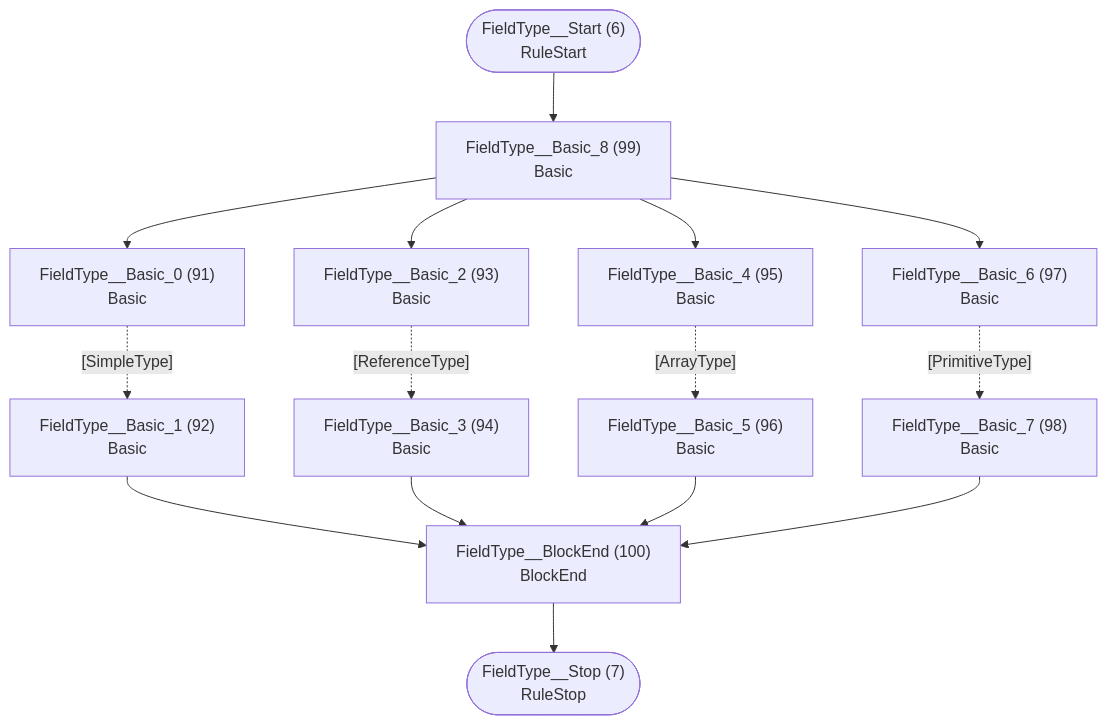
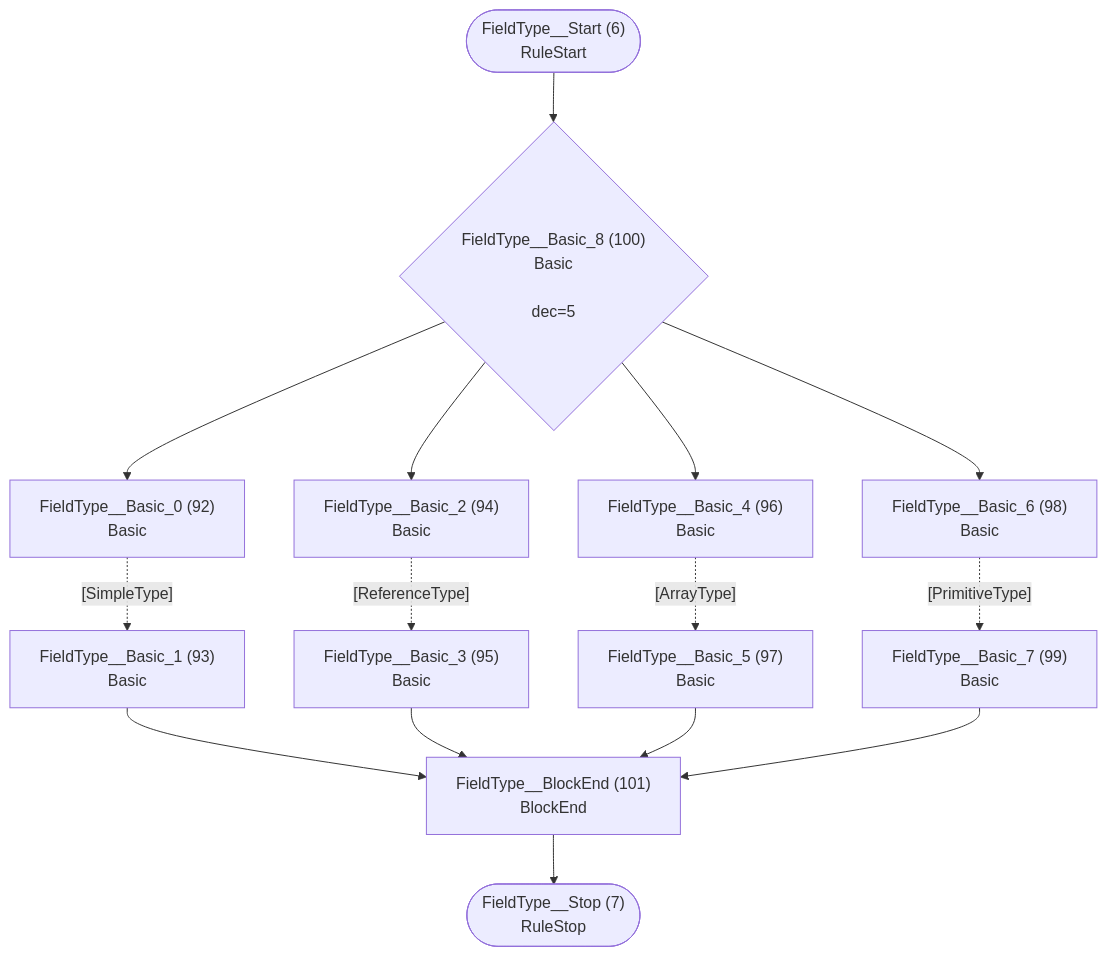
The fourth of 26 diagrams in internal/grammar/atn.md (TypeFox/fastbelt), drawn with Mermaid before and after one commit. The commit also changed other lines of this file and 53 other files, not shown here.

````diff
--- a/internal/grammar/atn.md
+++ b/internal/grammar/atn.md
@@ -121,30 +123,30 @@
 ```mermaid
 flowchart TD
     q6(["FieldType__Start (6)<br/>RuleStart"])
     q7(["FieldType__Stop (7)<br/>RuleStop"])
-    q91["FieldType__Basic_0 (91)<br/>Basic<br/>"]
-    q92["FieldType__Basic_1 (92)<br/>Basic<br/>"]
-    q93["FieldType__Basic_2 (93)<br/>Basic<br/>"]
-    q94["FieldType__Basic_3 (94)<br/>Basic<br/>"]
-    q95["FieldType__Basic_4 (95)<br/>Basic<br/>"]
-    q96["FieldType__Basic_5 (96)<br/>Basic<br/>"]
-    q97["FieldType__Basic_6 (97)<br/>Basic<br/>"]
-    q98["FieldType__Basic_7 (98)<br/>Basic<br/>"]
-    q99["FieldType__Basic_8 (99)<br/>Basic<br/>"]
-    q100["FieldType__BlockEnd (100)<br/>BlockEnd<br/>"]
+    q92["FieldType__Basic_0 (92)<br/>Basic<br/>"]
+    q93["FieldType__Basic_1 (93)<br/>Basic<br/>"]
+    q94["FieldType__Basic_2 (94)<br/>Basic<br/>"]
+    q95["FieldType__Basic_3 (95)<br/>Basic<br/>"]
+    q96["FieldType__Basic_4 (96)<br/>Basic<br/>"]
+    q97["FieldType__Basic_5 (97)<br/>Basic<br/>"]
+    q98["FieldType__Basic_6 (98)<br/>Basic<br/>"]
+    q99["FieldType__Basic_7 (99)<br/>Basic<br/>"]
+    q100{"FieldType__Basic_8 (100)<br/>Basic<br/><br/>dec=5"}
+    q101["FieldType__BlockEnd (101)<br/>BlockEnd<br/>"]
 
-    q6 --> q99
-    q91 -.->|"[SimpleType]"| q92
-    q92 --> q100
-    q93 -.->|"[ReferenceType]"| q94
-    q94 --> q100
-    q95 -.->|"[ArrayType]"| q96
-    q96 --> q100
-    q97 -.->|"[PrimitiveType]"| q98
-    q98 --> q100
-    q99 --> q91
-    q99 --> q93
-    q99 --> q95
-    q99 --> q97
-    q100 --> q7
+    q6 --> q100
+    q92 -.->|"[SimpleType]"| q93
+    q93 --> q101
+    q94 -.->|"[ReferenceType]"| q95
+    q95 --> q101
+    q96 -.->|"[ArrayType]"| q97
+    q97 --> q101
+    q98 -.->|"[PrimitiveType]"| q99
+    q99 --> q101
+    q100 --> q92
+    q100 --> q94
+    q100 --> q96
+    q100 --> q98
+    q101 --> q7
 ```
````
